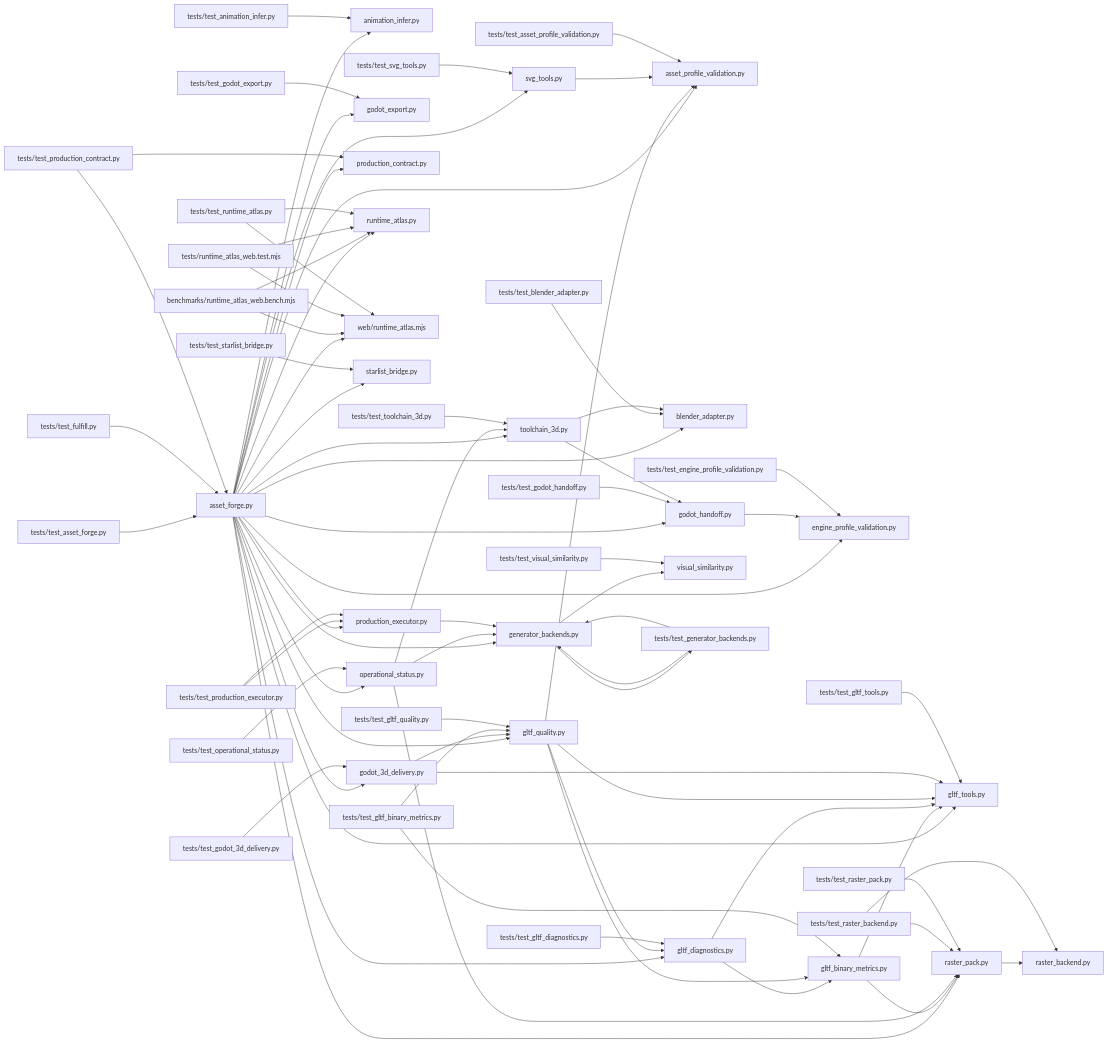
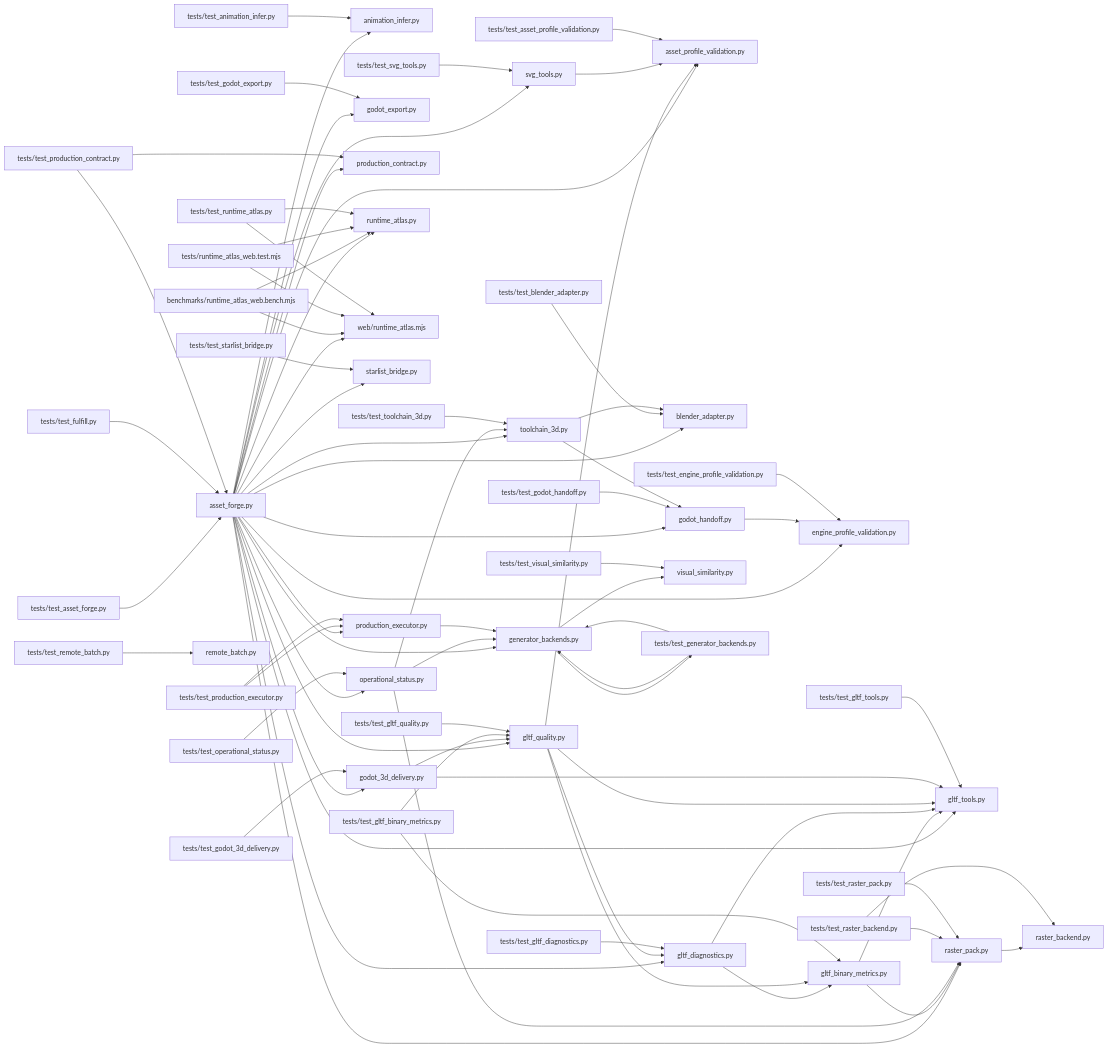
One commit to dbrckk/asset-forge changed the diagram in .ai/brain/architecture.mmd. Above: the diagram before and after it, drawn with Mermaid. The commit also changed 58 other files, not shown here.

```diff
--- a/.ai/brain/architecture.mmd
+++ b/.ai/brain/architecture.mmd
@@ -1,76 +1,77 @@
 flowchart LR
   nf6aaebdb60["asset_forge.py"] --> na6af60504f["animation_infer.py"]
   nf6aaebdb60["asset_forge.py"] --> n0b538ad53a["asset_profile_validation.py"]
   nf6aaebdb60["asset_forge.py"] --> n53f8241bed["blender_adapter.py"]
   nf6aaebdb60["asset_forge.py"] --> n6c970becb0["engine_profile_validation.py"]
   nf6aaebdb60["asset_forge.py"] --> n628d7e8336["generator_backends.py"]
   nf6aaebdb60["asset_forge.py"] --> n75933d141d["gltf_diagnostics.py"]
   nf6aaebdb60["asset_forge.py"] --> n40671eb73f["gltf_quality.py"]
   nf6aaebdb60["asset_forge.py"] --> n603af8be95["gltf_tools.py"]
   nf6aaebdb60["asset_forge.py"] --> n19f6cc30a2["godot_3d_delivery.py"]
   nf6aaebdb60["asset_forge.py"] --> nf513c6f74a["godot_export.py"]
   nf6aaebdb60["asset_forge.py"] --> n4ac24c4308["godot_handoff.py"]
   nf6aaebdb60["asset_forge.py"] --> n8e6c2af7cd["operational_status.py"]
   nf6aaebdb60["asset_forge.py"] --> n053badf172["production_contract.py"]
   nf6aaebdb60["asset_forge.py"] --> nd2e1f874ab["production_executor.py"]
   nf6aaebdb60["asset_forge.py"] --> n812f5d6cd8["raster_pack.py"]
   nf6aaebdb60["asset_forge.py"] --> n5b9c1dbfe7["runtime_atlas.py"]
   nf6aaebdb60["asset_forge.py"] --> nbf71796fb5["web/runtime_atlas.mjs"]
   nf6aaebdb60["asset_forge.py"] --> n60f2773fae["starlist_bridge.py"]
   nf6aaebdb60["asset_forge.py"] --> nd1a9eb18f4["svg_tools.py"]
   nf6aaebdb60["asset_forge.py"] --> n9f52789201["toolchain_3d.py"]
   nf1083f5ce7["benchmarks/runtime_atlas_web.bench.mjs"] --> n5b9c1dbfe7["runtime_atlas.py"]
   nf1083f5ce7["benchmarks/runtime_atlas_web.bench.mjs"] --> nbf71796fb5["web/runtime_atlas.mjs"]
   n628d7e8336["generator_backends.py"] --> n138016621f["visual_similarity.py"]
   nf2ad6ffaad["gltf_binary_metrics.py"] --> n603af8be95["gltf_tools.py"]
   nf2ad6ffaad["gltf_binary_metrics.py"] --> n812f5d6cd8["raster_pack.py"]
   n75933d141d["gltf_diagnostics.py"] --> nf2ad6ffaad["gltf_binary_metrics.py"]
   n75933d141d["gltf_diagnostics.py"] --> n603af8be95["gltf_tools.py"]
   n40671eb73f["gltf_quality.py"] --> n0b538ad53a["asset_profile_validation.py"]
   n40671eb73f["gltf_quality.py"] --> nf2ad6ffaad["gltf_binary_metrics.py"]
   n40671eb73f["gltf_quality.py"] --> n75933d141d["gltf_diagnostics.py"]
   n40671eb73f["gltf_quality.py"] --> n603af8be95["gltf_tools.py"]
   n19f6cc30a2["godot_3d_delivery.py"] --> n40671eb73f["gltf_quality.py"]
   n19f6cc30a2["godot_3d_delivery.py"] --> n603af8be95["gltf_tools.py"]
   n4ac24c4308["godot_handoff.py"] --> n6c970becb0["engine_profile_validation.py"]
   n8e6c2af7cd["operational_status.py"] --> n628d7e8336["generator_backends.py"]
   n8e6c2af7cd["operational_status.py"] --> n812f5d6cd8["raster_pack.py"]
   n8e6c2af7cd["operational_status.py"] --> n9f52789201["toolchain_3d.py"]
   nd2e1f874ab["production_executor.py"] --> n628d7e8336["generator_backends.py"]
   n812f5d6cd8["raster_pack.py"] --> n1f573e1b00["raster_backend.py"]
   nd1a9eb18f4["svg_tools.py"] --> n0b538ad53a["asset_profile_validation.py"]
   n6d6a7f3f5f["tests/runtime_atlas_web.test.mjs"] --> n5b9c1dbfe7["runtime_atlas.py"]
   n6d6a7f3f5f["tests/runtime_atlas_web.test.mjs"] --> nbf71796fb5["web/runtime_atlas.mjs"]
   ndd9a4fb45c["tests/test_animation_infer.py"] --> na6af60504f["animation_infer.py"]
   na7d4387d3f["tests/test_asset_forge.py"] --> nf6aaebdb60["asset_forge.py"]
   necd522caf1["tests/test_asset_profile_validation.py"] --> n0b538ad53a["asset_profile_validation.py"]
   n0b5e01c792["tests/test_blender_adapter.py"] --> n53f8241bed["blender_adapter.py"]
   n69f8299d4b["tests/test_engine_profile_validation.py"] --> n6c970becb0["engine_profile_validation.py"]
   n8020ce18e3["tests/test_fulfill.py"] --> nf6aaebdb60["asset_forge.py"]
   n3669c12588["tests/test_generator_backends.py"] --> n628d7e8336["generator_backends.py"]
   nd70a422de4["tests/test_gltf_binary_metrics.py"] --> nf2ad6ffaad["gltf_binary_metrics.py"]
   nd70a422de4["tests/test_gltf_binary_metrics.py"] --> n40671eb73f["gltf_quality.py"]
   nfb115d84b9["tests/test_gltf_diagnostics.py"] --> n75933d141d["gltf_diagnostics.py"]
   n9879eb7c58["tests/test_gltf_quality.py"] --> n40671eb73f["gltf_quality.py"]
   nbe4b566f23["tests/test_gltf_tools.py"] --> n603af8be95["gltf_tools.py"]
   n5132dff4b4["tests/test_godot_3d_delivery.py"] --> n19f6cc30a2["godot_3d_delivery.py"]
   n765e2032dc["tests/test_godot_export.py"] --> nf513c6f74a["godot_export.py"]
   n796d12e7ad["tests/test_godot_handoff.py"] --> n4ac24c4308["godot_handoff.py"]
   nae44096017["tests/test_operational_status.py"] --> n8e6c2af7cd["operational_status.py"]
   n2bf208ea95["tests/test_production_contract.py"] --> nf6aaebdb60["asset_forge.py"]
   n2bf208ea95["tests/test_production_contract.py"] --> n053badf172["production_contract.py"]
   n7bb7caee30["tests/test_production_executor.py"] --> nd2e1f874ab["production_executor.py"]
   nfa190699df["tests/test_raster_backend.py"] --> n1f573e1b00["raster_backend.py"]
   nfa190699df["tests/test_raster_backend.py"] --> n812f5d6cd8["raster_pack.py"]
   nacd4f64dad["tests/test_raster_pack.py"] --> n812f5d6cd8["raster_pack.py"]
+  ncdb28658b5["tests/test_remote_batch.py"] --> nfa0ff63ea9["remote_batch.py"]
   n648bc622f8["tests/test_runtime_atlas.py"] --> n5b9c1dbfe7["runtime_atlas.py"]
   n648bc622f8["tests/test_runtime_atlas.py"] --> nbf71796fb5["web/runtime_atlas.mjs"]
   n741d12fac4["tests/test_starlist_bridge.py"] --> n60f2773fae["starlist_bridge.py"]
   n9799642b7e["tests/test_svg_tools.py"] --> nd1a9eb18f4["svg_tools.py"]
   n67da2e7cde["tests/test_toolchain_3d.py"] --> n9f52789201["toolchain_3d.py"]
   nb1c19216ea["tests/test_visual_similarity.py"] --> n138016621f["visual_similarity.py"]
   n9f52789201["toolchain_3d.py"] --> n53f8241bed["blender_adapter.py"]
   n9f52789201["toolchain_3d.py"] --> n4ac24c4308["godot_handoff.py"]
   n3669c12588["tests/test_generator_backends.py"] --> n628d7e8336["generator_backends.py"]
   n7bb7caee30["tests/test_production_executor.py"] --> nd2e1f874ab["production_executor.py"]
   n628d7e8336["generator_backends.py"] --> n3669c12588["tests/test_generator_backends.py"]
```
